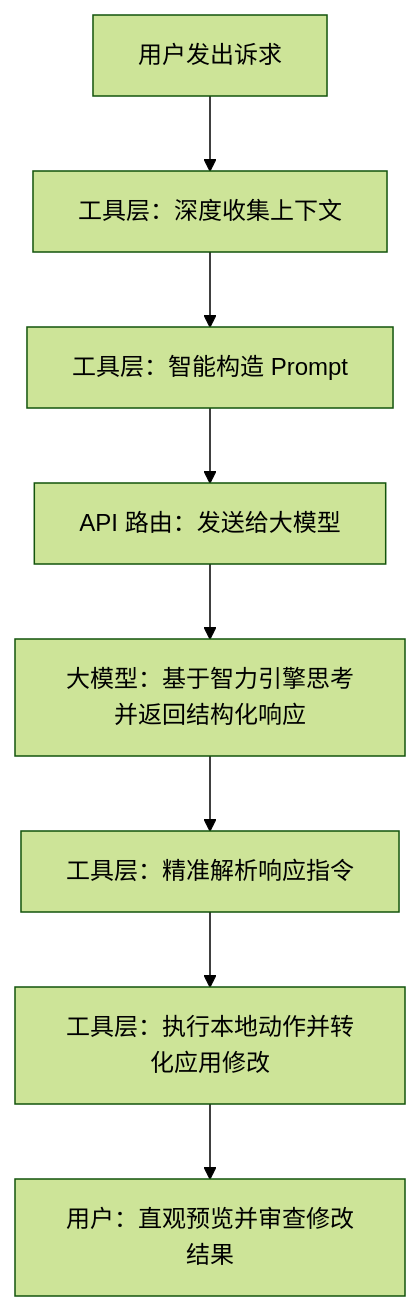
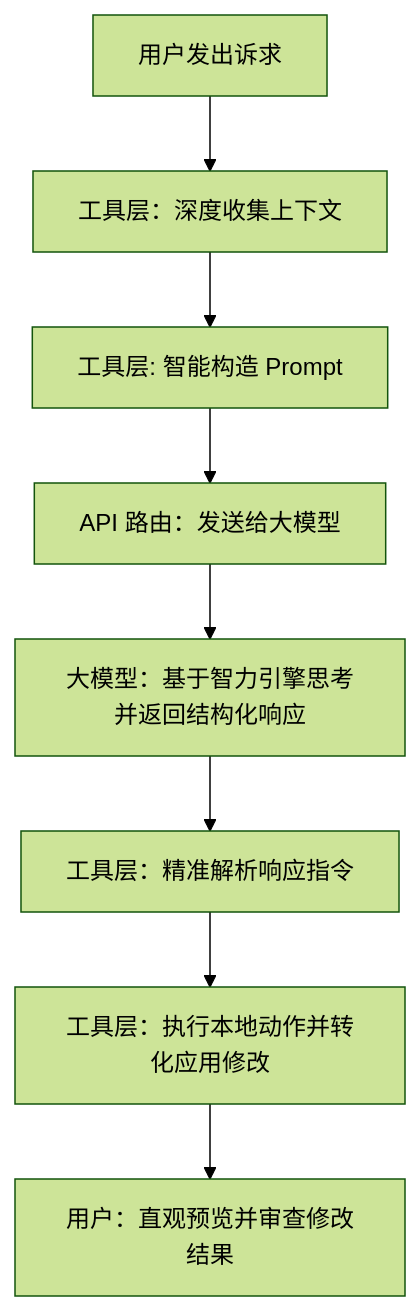
Before and after one commit to ruanqizhen/cocode: the second of 2 diagrams in docs/tools.md, drawn with Mermaid (forest theme). The commit also changed other lines of this file and 2 other files, not shown here.

````diff
--- a/docs/tools.md
+++ b/docs/tools.md
@@ -50,10 +159,11 @@
 ```mermaid
 flowchart TD
     A[用户发出诉求] --> B[工具层：深度收集上下文]
-    B --> C[工具层：智能构造 Prompt]
+    B --> C[工具层: 智能构造 Prompt]
     C --> D[API 路由：发送给大模型]
     D --> E[大模型：基于智力引擎思考并返回结构化响应]
     E --> F[工具层：精准解析响应指令]
     F --> G[工具层：执行本地动作并转化应用修改]
     G --> H[用户：直观预览并审查修改结果]
+
 ```
````
